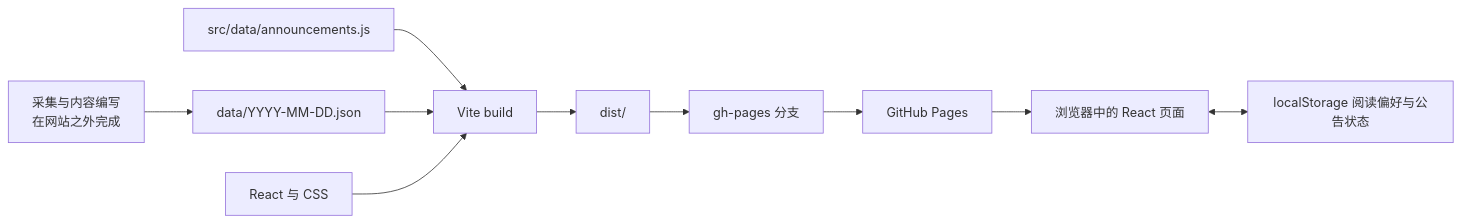
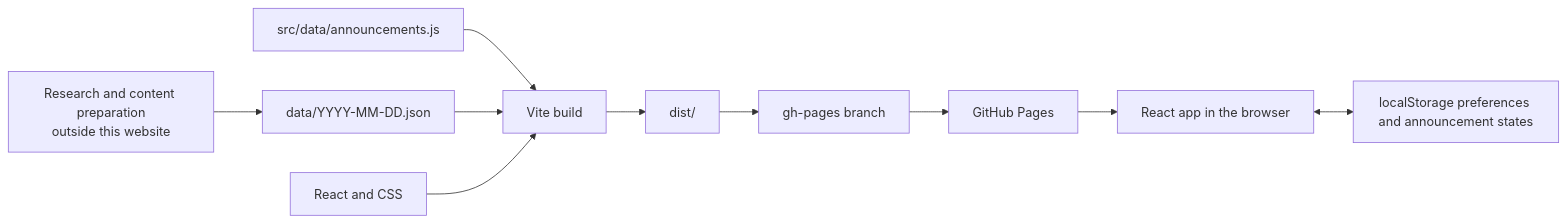
One commit to Yutao-Zhou/finance changed the diagram in docs/architecture.md. Above: the diagram before and after it, drawn with Mermaid. The commit also changed other lines of this file and 21 other files, not shown here.

````diff
--- a/docs/architecture.md
+++ b/docs/architecture.md
@@ -9,12 +11,12 @@
 ```mermaid
 flowchart LR
-    A[采集与内容编写<br/>在网站之外完成] --> B[data/YYYY-MM-DD.json]
+    A[Research and content preparation<br/>outside this website] --> B[data/YYYY-MM-DD.json]
     C[src/data/announcements.js] --> D[Vite build]
     B --> D
-    E[React 与 CSS] --> D
+    E[React and CSS] --> D
     D --> F[dist/]
-    F --> G[gh-pages 分支]
+    F --> G[gh-pages branch]
     G --> H[GitHub Pages]
-    H --> I[浏览器中的 React 页面]
-    I <--> J[localStorage 阅读偏好与公告状态]
+    H --> I[React app in the browser]
+    I <--> J[localStorage preferences and announcement states]
 ```
````
